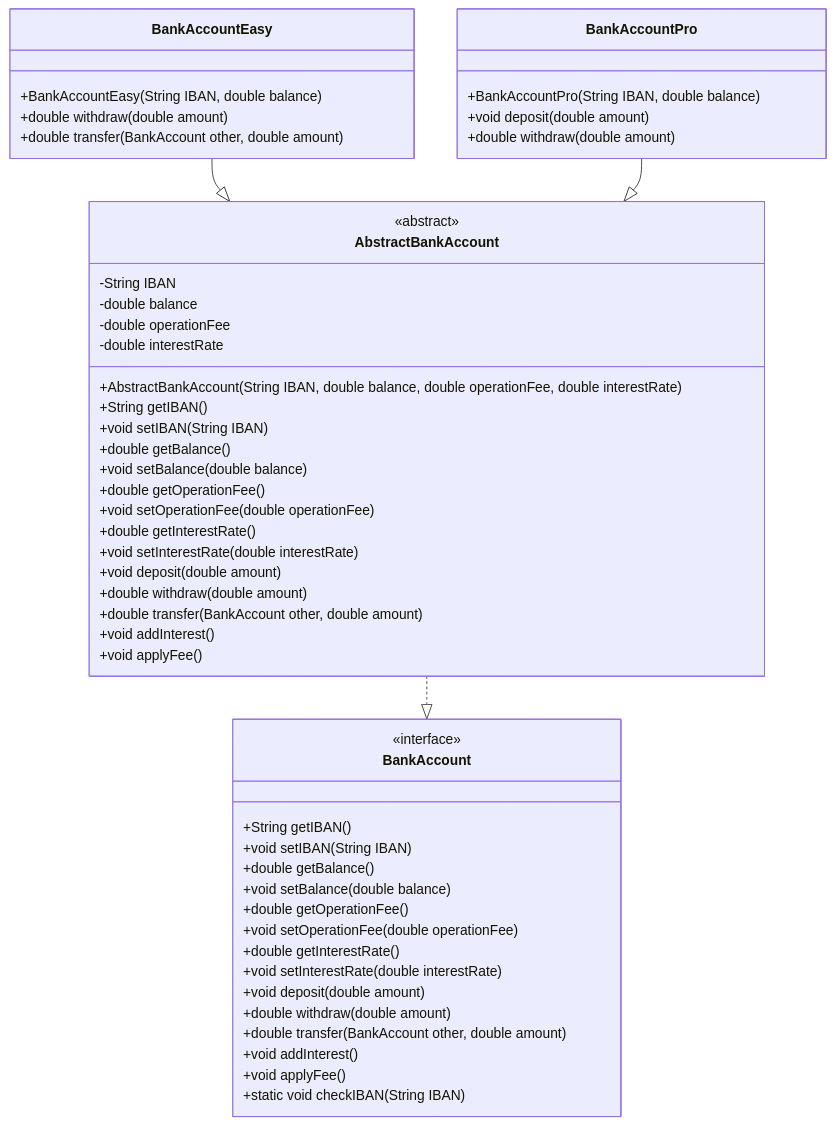
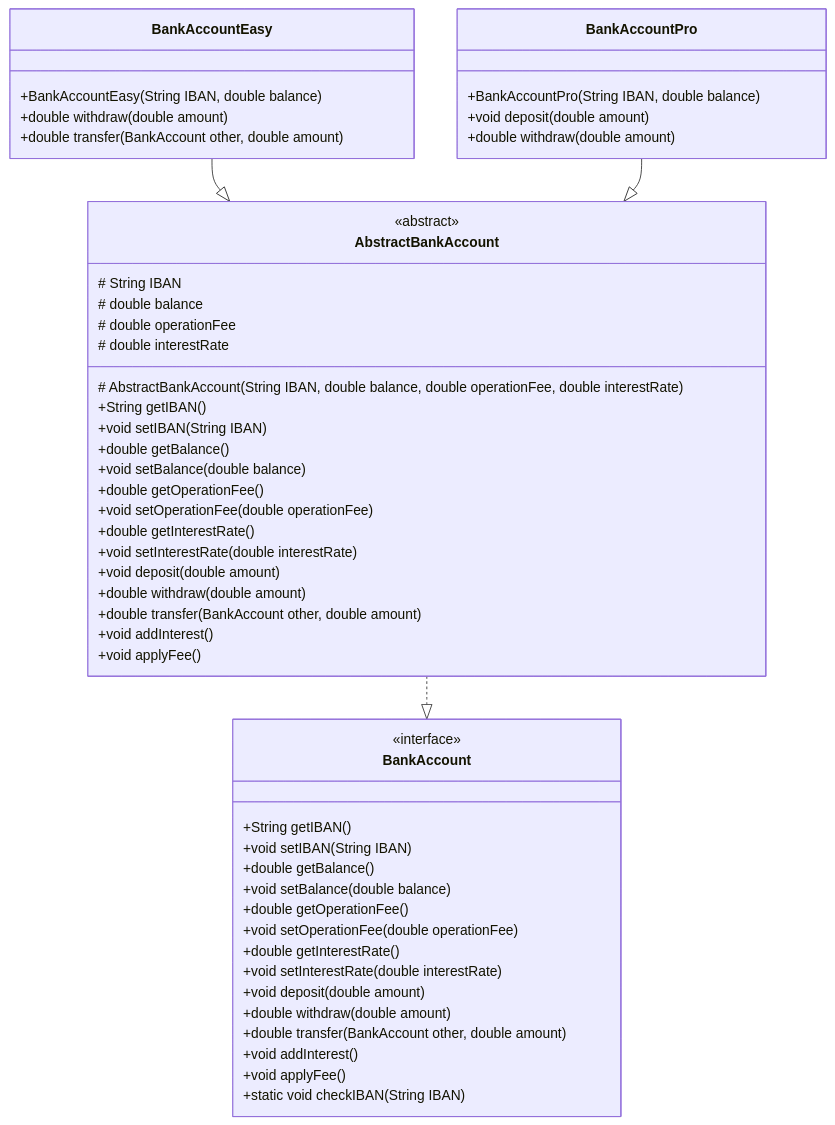
Before and after one commit to nbicocchi/learn-java-core: the tenth of 13 diagrams in code/exercises/src/main/java/com/nbicocchi/exercises/oop/README.md, drawn with Mermaid. The commit also changed other lines of this file and 25 other files, not shown here.

````diff
--- a/code/exercises/src/main/java/com/nbicocchi/exercises/oop/README.md
+++ b/code/exercises/src/main/java/com/nbicocchi/exercises/oop/README.md
@@ -360,58 +360,58 @@
 ```mermaid
 classDiagram
 class BankAccount {
-<<interface>>
-+String getIBAN()
-+void setIBAN(String IBAN)
-+double getBalance()
-+void setBalance(double balance)
-+double getOperationFee()
-+void setOperationFee(double operationFee)
-+double getInterestRate()
-+void setInterestRate(double interestRate)
-+void deposit(double amount)
-+double withdraw(double amount)
-+double transfer(BankAccount other, double amount)
-+void addInterest()
-+void applyFee()
-+static void checkIBAN(String IBAN)
+    <<interface>>
+    +String getIBAN()
+    +void setIBAN(String IBAN)
+    +double getBalance()
+    +void setBalance(double balance)
+    +double getOperationFee()
+    +void setOperationFee(double operationFee)
+    +double getInterestRate()
+    +void setInterestRate(double interestRate)
+    +void deposit(double amount)
+    +double withdraw(double amount)
+    +double transfer(BankAccount other, double amount)
+    +void addInterest()
+    +void applyFee()
+    +static void checkIBAN(String IBAN)
 }
 
 class AbstractBankAccount {
     <<abstract>>
--String IBAN
--double balance
--double operationFee
--double interestRate
-+AbstractBankAccount(String IBAN, double balance, double operationFee, double interestRate)
-+String getIBAN()
-+void setIBAN(String IBAN)
-+double getBalance()
-+void setBalance(double balance)
-+double getOperationFee()
-+void setOperationFee(double operationFee)
-+double getInterestRate()
-+void setInterestRate(double interestRate)
-+void deposit(double amount)
-+double withdraw(double amount)
-+double transfer(BankAccount other, double amount)
-+void addInterest()
-+void applyFee()
+    # String IBAN
+    # double balance
+    # double operationFee
+    # double interestRate
+    # AbstractBankAccount(String IBAN, double balance, double operationFee, double interestRate)
+    +String getIBAN()
+    +void setIBAN(String IBAN)
+    +double getBalance()
+    +void setBalance(double balance)
+    +double getOperationFee()
+    +void setOperationFee(double operationFee)
+    +double getInterestRate()
+    +void setInterestRate(double interestRate)
+    +void deposit(double amount)
+    +double withdraw(double amount)
+    +double transfer(BankAccount other, double amount)
+    +void addInterest()
+    +void applyFee()
 }
 
 class BankAccountEasy {
-+BankAccountEasy(String IBAN, double balance)
-+double withdraw(double amount)
-+double transfer(BankAccount other, double amount)
+    +BankAccountEasy(String IBAN, double balance)
+    +double withdraw(double amount)
+    +double transfer(BankAccount other, double amount)
 }
 
 class BankAccountPro {
-+BankAccountPro(String IBAN, double balance)
-+void deposit(double amount)
-+double withdraw(double amount)
+    +BankAccountPro(String IBAN, double balance)
+    +void deposit(double amount)
+    +double withdraw(double amount)
 }
 
 BankAccountEasy --|> AbstractBankAccount
 BankAccountPro --|> AbstractBankAccount
 AbstractBankAccount ..|> BankAccount
 ```
````
